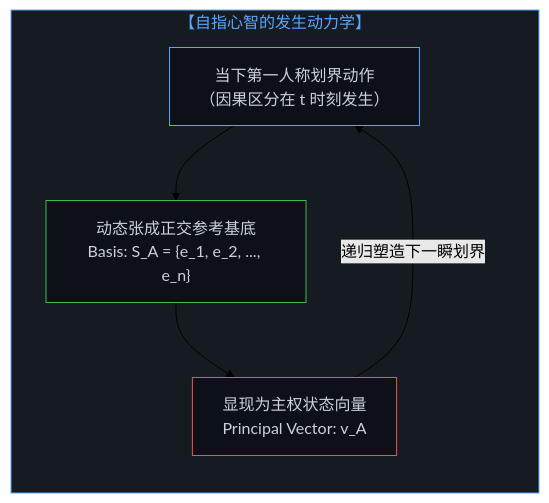
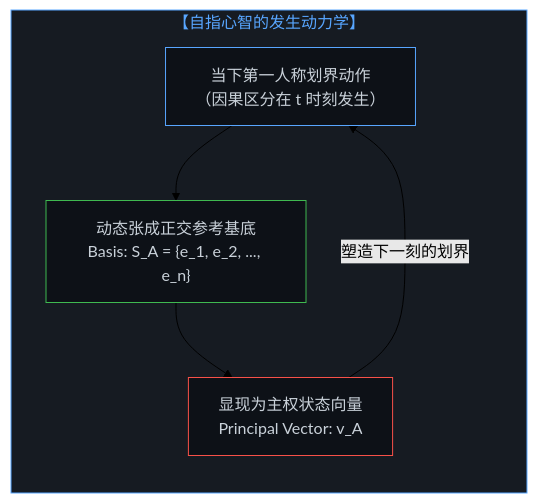
The first of 4 diagrams in content/posts/the-mind-as-vector-and-coordinate-system.md (powerpig99/not-a-toe), drawn with Mermaid (forest theme) before and after one commit. The commit also changed other lines of this file and 5 other files, not shown here.

````diff
--- a/content/posts/the-mind-as-vector-and-coordinate-system.md
+++ b/content/posts/the-mind-as-vector-and-coordinate-system.md
@@ -41,17 +41,17 @@
 ```mermaid
 graph TD
     subgraph MindSys["【自指心智的发生动力学】"]
         direction TB
         Act["当下第一人称划界动作<br>（因果区分在 t 时刻发生）"]
         Axis["动态张成正交参考基底<br>Basis: S_A = {e_1, e_2, ..., e_n}"]
         Vec["显现为主权状态向量<br>Principal Vector: v_A"]
         Act --> Axis
         Axis --> Vec
-        Vec -->|"递归塑造下一瞬划界"| Act
+        Vec -->|"塑造下一刻的划界"| Act
     end
 
     style MindSys fill:#161b22,stroke:#58a6ff,stroke-width:1px,color:#58a6ff
     style Act fill:#0d1117,stroke:#58a6ff,stroke-width:1px,color:#c9d1d9
     style Axis fill:#0d1117,stroke:#3fb950,stroke-width:1px,color:#c9d1d9
     style Vec fill:#0d1117,stroke:#f85149,stroke-width:1px,color:#c9d1d9
 ```
````
